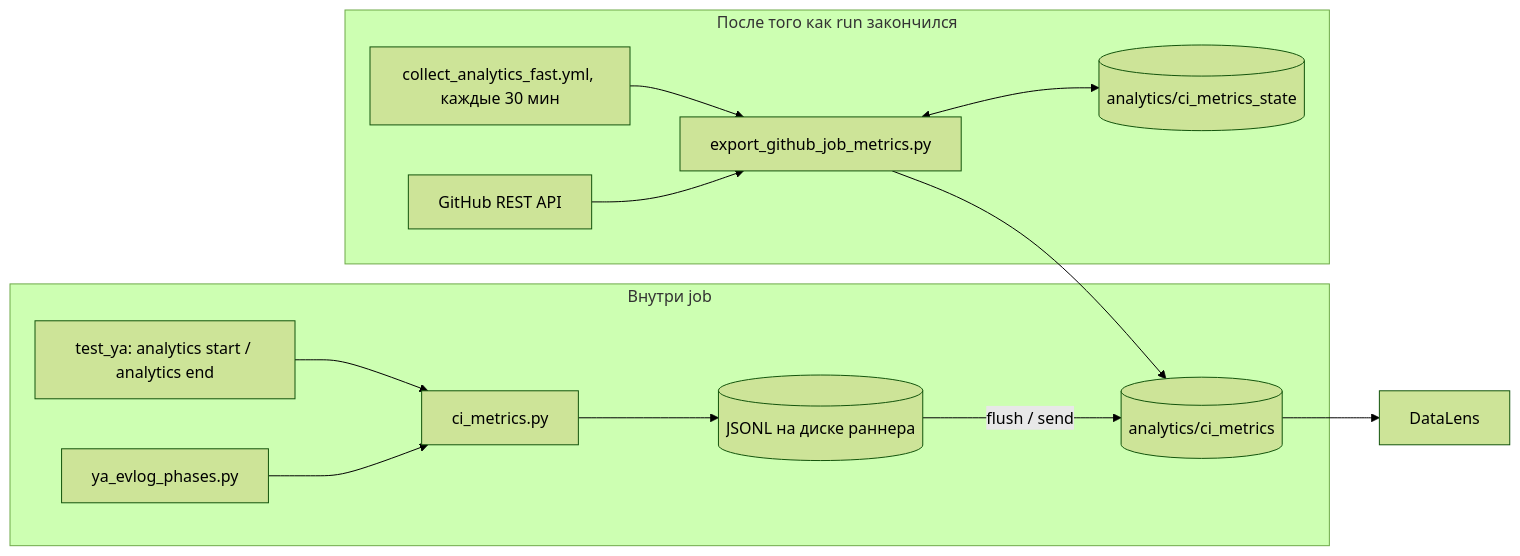
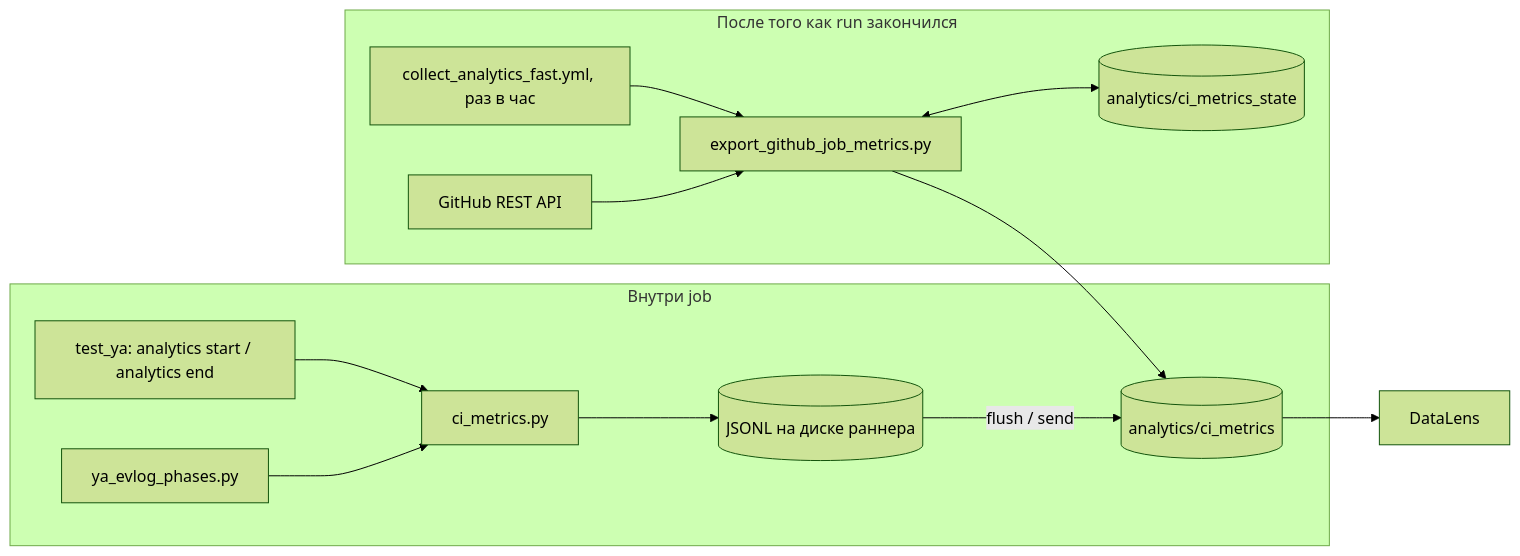
Before and after one commit to ydb-platform/ydb: the diagram in .github/scripts/utils/analytics/README.md, drawn with Mermaid (forest theme). The commit also changed other lines of this file and 5 other files, not shown here.

````diff
--- a/.github/scripts/utils/analytics/README.md
+++ b/.github/scripts/utils/analytics/README.md
@@ -20,16 +20,16 @@
 ```mermaid
 flowchart LR
   subgraph inJob [Внутри job]
     bash["test_ya: analytics start / analytics end"] --> cli["ci_metrics.py"]
     evlog["ya_evlog_phases.py"] --> cli
     cli --> jsonl[("JSONL на диске раннера")]
     jsonl -->|"flush / send"| ydb
   end
   subgraph after [После того как run закончился]
-    cron["collect_analytics_fast.yml, каждые 30 мин"] --> exp["export_github_job_metrics.py"]
+    cron["collect_analytics_fast.yml, раз в час"] --> exp["export_github_job_metrics.py"]
     gh["GitHub REST API"] --> exp
     exp --> ydb
     exp <--> st[("analytics/ci_metrics_state")]
   end
   ydb[("analytics/ci_metrics")] --> dl["DataLens"]
 ```
````
